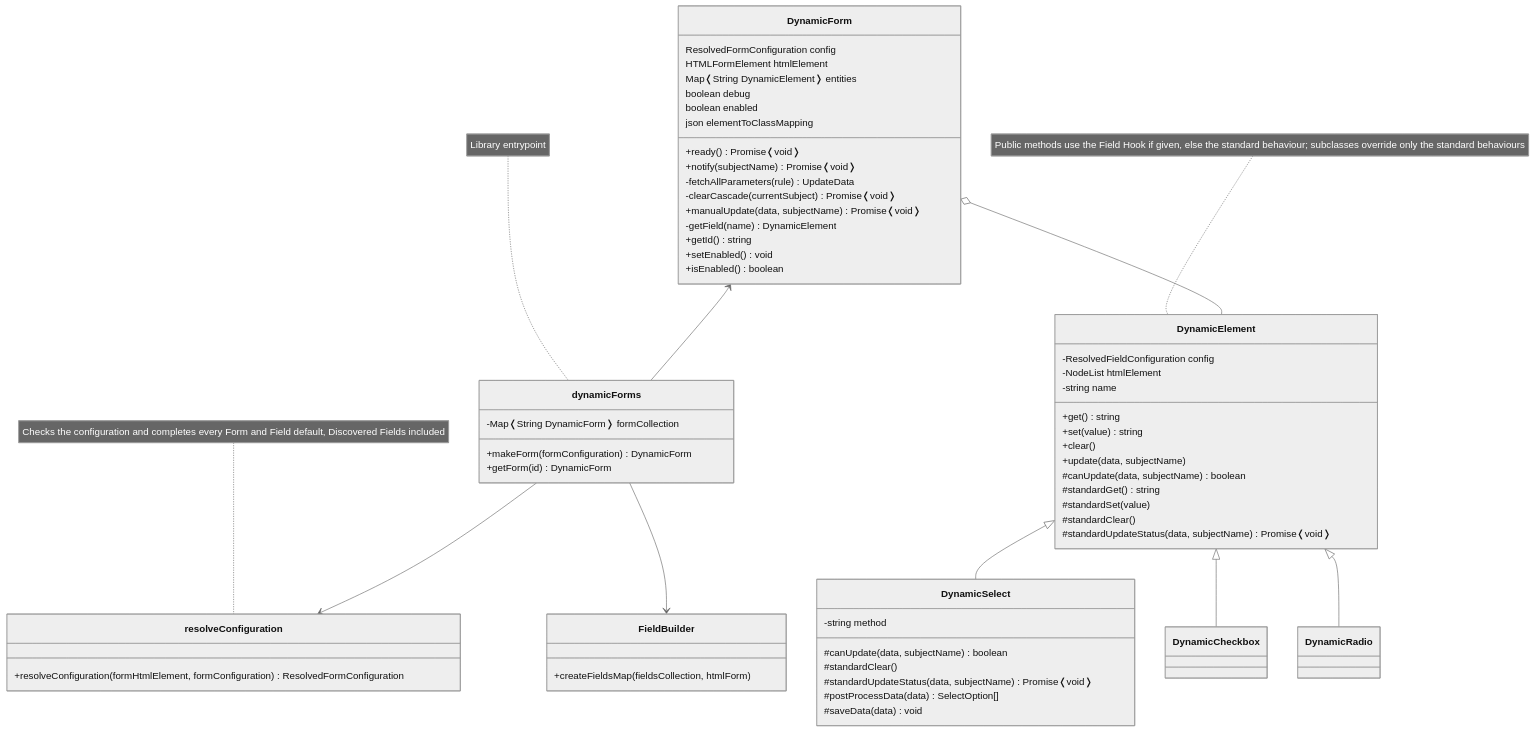
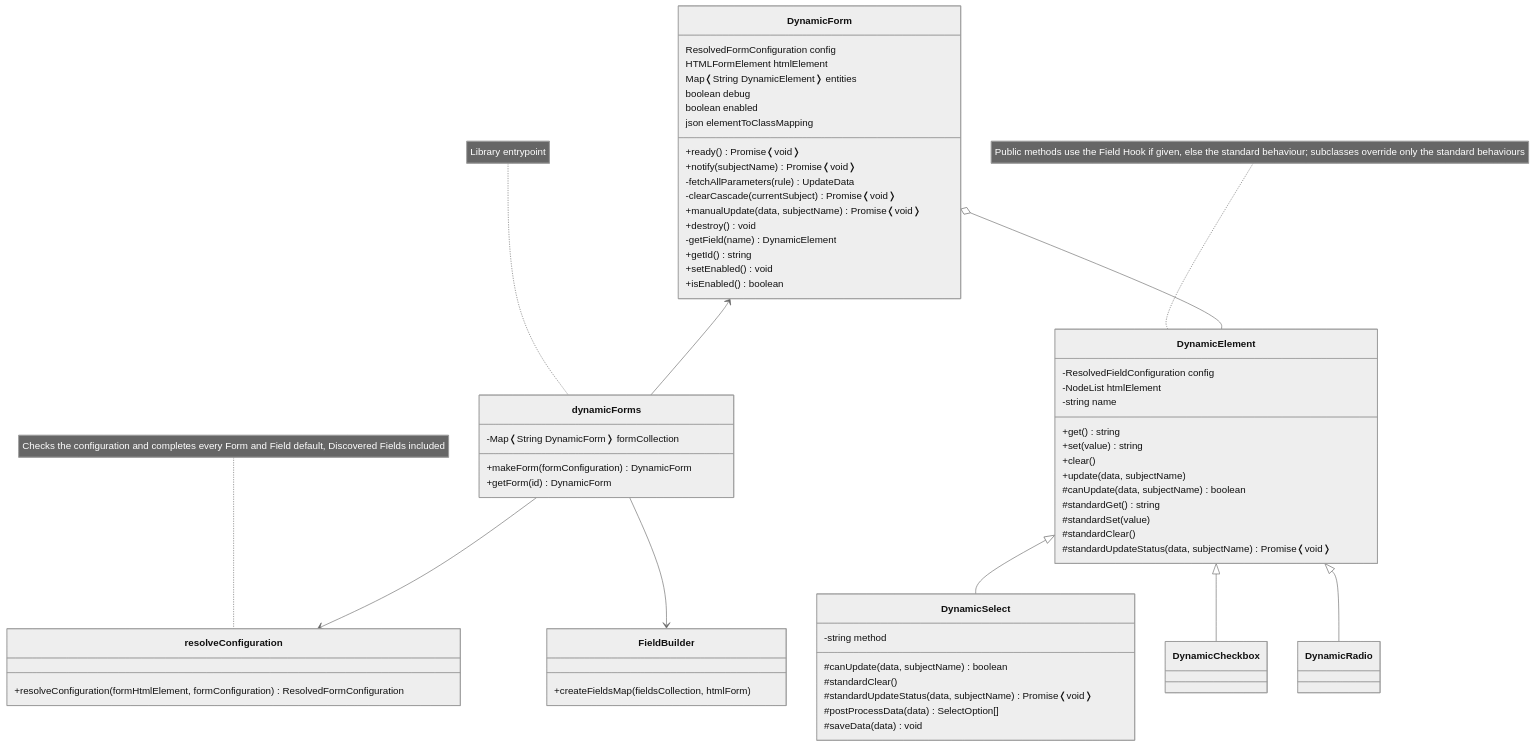
The diagram in docs/dev/contribute.md (simomosi/dynamic-forms), drawn with Mermaid (neutral theme) before and after one commit. The commit also changed 13 other files, not shown here.

````diff
--- a/docs/dev/contribute.md
+++ b/docs/dev/contribute.md
@@ -41,77 +41,78 @@
 ```mermaid
 classDiagram
 
     class DynamicForm {
         ResolvedFormConfiguration config
         HTMLFormElement htmlElement
         Map❬String DynamicElement❭ entities
         boolean debug
         boolean enabled
         json elementToClassMapping
 
         +ready() Promise❬void❭
         +notify(subjectName) Promise❬void❭
         -fetchAllParameters(rule) UpdateData
         -clearCascade(currentSubject) Promise❬void❭
         +manualUpdate(data, subjectName) Promise❬void❭
+        +destroy() void
         -getField(name) DynamicElement
         +getId() string
         +setEnabled() void
         +isEnabled() boolean
     }
 
     class dynamicForms {
         -Map❬String DynamicForm❭ formCollection
         +makeForm(formConfiguration) DynamicForm
         +getForm(id) DynamicForm
     }
 
     note for dynamicForms "Library entrypoint"
 
     class resolveConfiguration {
         +resolveConfiguration(formHtmlElement, formConfiguration) ResolvedFormConfiguration
     }
 
     note for resolveConfiguration "Checks the configuration and completes every Form and Field default, Discovered Fields included"
 
     class FieldBuilder {
         +createFieldsMap(fieldsCollection, htmlForm)
     }
 
     class DynamicElement {
         -ResolvedFieldConfiguration config
         -NodeList htmlElement
         -string name
         +get() string
         +set(value) string
         +clear()
         +update(data, subjectName)
         #canUpdate(data, subjectName) boolean
         #standardGet() string
         #standardSet(value)
         #standardClear()
         #standardUpdateStatus(data, subjectName) Promise❬void❭
     }
 
     note for DynamicElement "Public methods use the Field Hook if given, else the standard behaviour; subclasses override only the standard behaviours"
 
     class DynamicSelect {
         -string method
         #canUpdate(data, subjectName) boolean
         #standardClear()
         #standardUpdateStatus(data, subjectName) Promise❬void❭
         #postProcessData(data) SelectOption[]
         #saveData(data) void
     }
 
     dynamicForms --> resolveConfiguration
     dynamicForms --> FieldBuilder
 
     DynamicForm <-- dynamicForms
     DynamicForm o-- DynamicElement
 
     DynamicElement <|-- DynamicSelect
     DynamicElement <|-- DynamicCheckbox
     DynamicElement <|-- DynamicRadio
 
 ```
````
